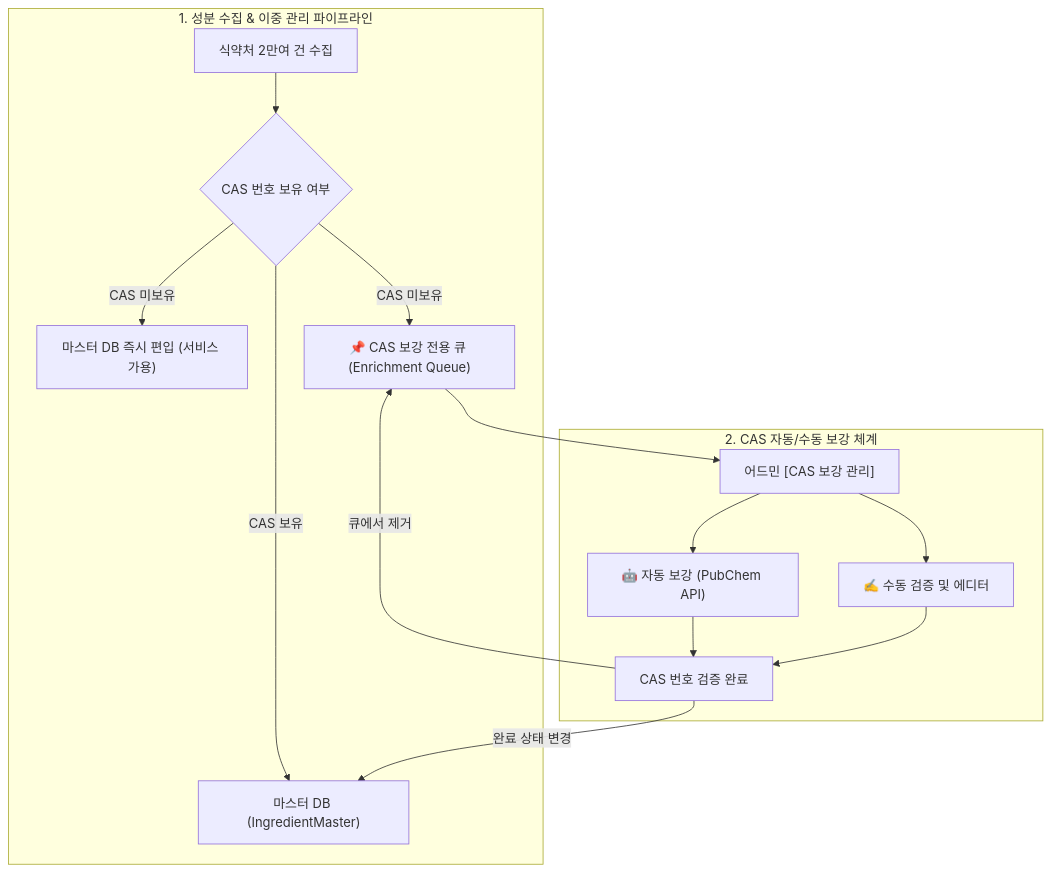
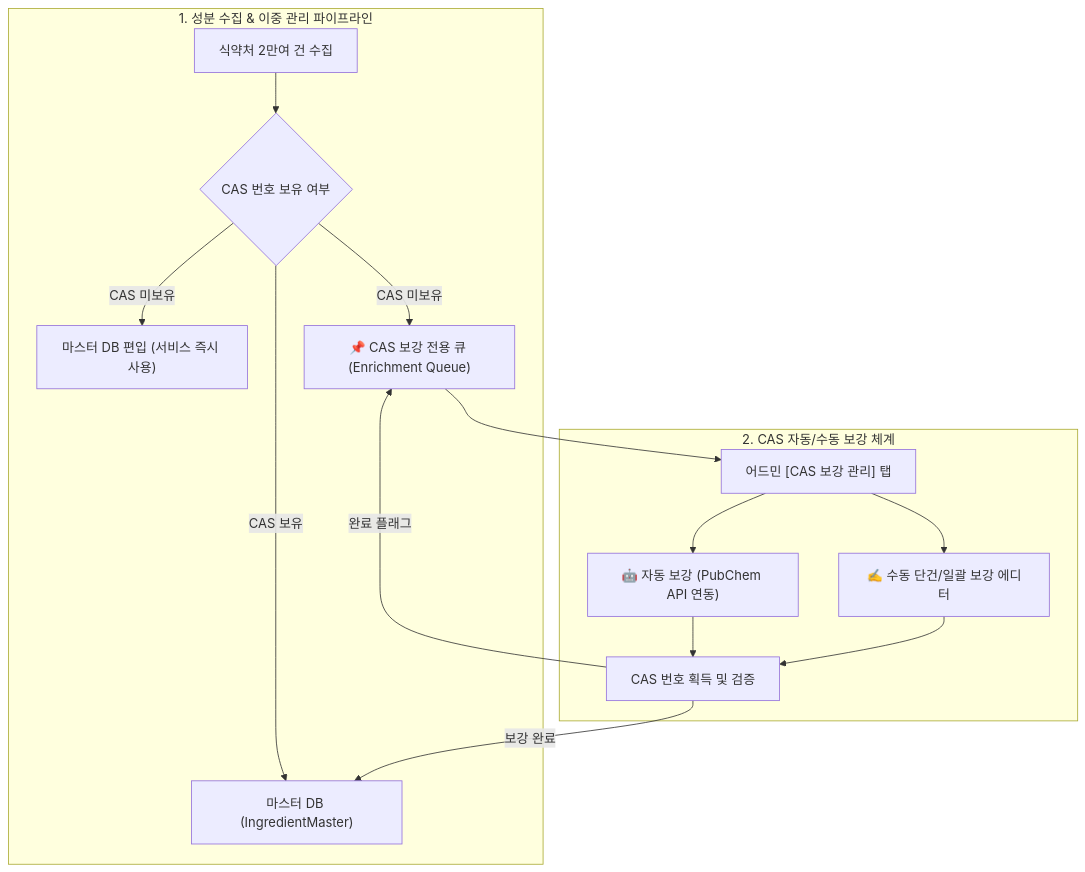
Before and after one commit to daniel-dataflow/daniel-dataflow.github.io: the diagram in content/posts/picksafe/2026-08-25-국내-천연성분-마스터편입-및-CAS보강-이중관리-계획서.md, drawn with Mermaid. The commit also changed other lines of this file and 64 other files, not shown here.

````diff
--- a/content/posts/picksafe/2026-08-25-국내-천연성분-마스터편입-및-CAS보강-이중관리-계획서.md
+++ b/content/posts/picksafe/2026-08-25-국내-천연성분-마스터편입-및-CAS보강-이중관리-계획서.md
@@ -48,19 +52,19 @@
 ```mermaid
 flowchart TD
     subgraph Ingestion["1. 성분 수집 & 이중 관리 파이프라인"]
         A["식약처 2만여 건 수집"] --> B{"CAS 번호 보유 여부"}
         B -->|CAS 보유| C["마스터 DB (IngredientMaster)"]
-        B -->|CAS 미보유| D["마스터 DB 즉시 편입 (서비스 가용)"]
+        B -->|CAS 미보유| D["마스터 DB 편입 (서비스 즉시 사용)"]
         B -->|CAS 미보유| E["📌 CAS 보강 전용 큐 (Enrichment Queue)"]
     end
 
     subgraph Enrichment["2. CAS 자동/수동 보강 체계"]
-        E --> F["어드민 [CAS 보강 관리]"]
-        F --> G["🤖 자동 보강 (PubChem API)"]
-        F --> H["✍️ 수동 검증 및 에디터"]
-        G --> I["CAS 번호 검증 완료"]
+        E --> F["어드민 [CAS 보강 관리] 탭"]
+        F --> G["🤖 자동 보강 (PubChem API 연동)"]
+        F --> H["✍️ 수동 단건/일괄 보강 에디터"]
+        G --> I["CAS 번호 획득 및 검증"]
         H --> I
-        I -->|완료 상태 변경| C
-        I -->|큐에서 제거| E
+        I -->|보강 완료| C
+        I -->|완료 플래그| E
     end
 ```
````
